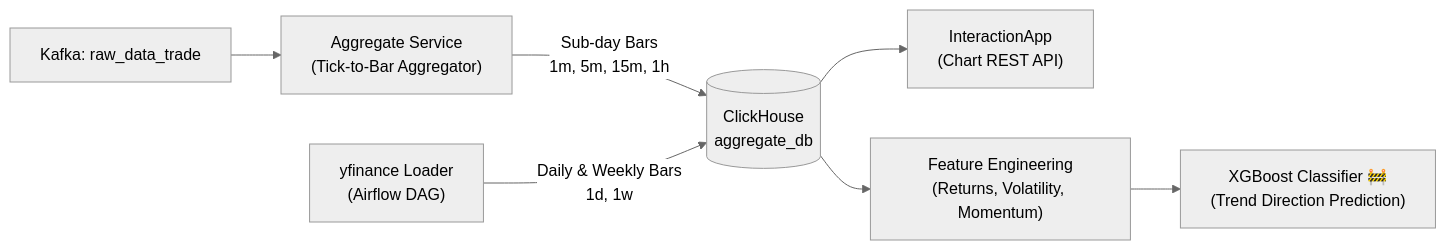
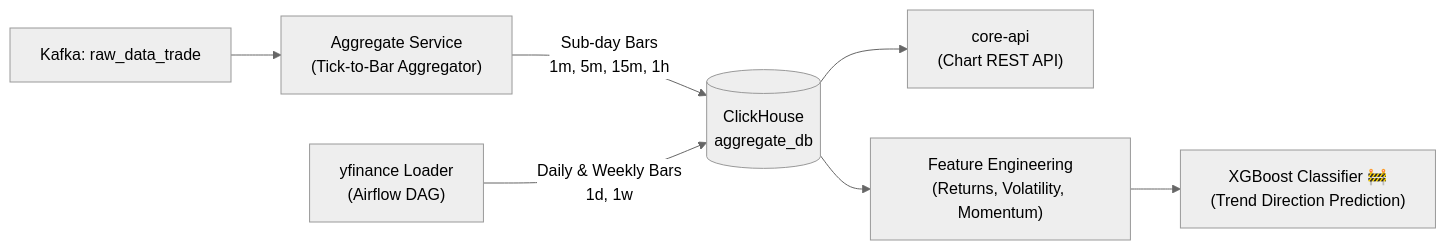
One commit to kasync-lang/Kstock changed the fourth of 5 diagrams in README.md. Above: the diagram before and after it, drawn with Mermaid (neutral theme). The commit also changed other lines of this file and 429 other files, not shown here.

````diff
--- a/README.md
+++ b/README.md
@@ -177,11 +244,11 @@
 ```mermaid
 flowchart LR
     Kafka["Kafka: raw_data_trade"] --> Agg["Aggregate Service\n(Tick-to-Bar Aggregator)"]
     Agg -->|Sub-day Bars\n1m, 5m, 15m, 1h| CH[("ClickHouse\naggregate_db")]
     
     YF["yfinance Loader\n(Airflow DAG)"] -->|Daily & Weekly Bars\n1d, 1w| CH
     
-    CH --> API["InteractionApp\n(Chart REST API)"]
+    CH --> API["core-api\n(Chart REST API)"]
     CH --> FEAT["Feature Engineering\n(Returns, Volatility, Momentum)"]
     FEAT --> ML["XGBoost Classifier 🚧\n(Trend Direction Prediction)"]
 ```
````
